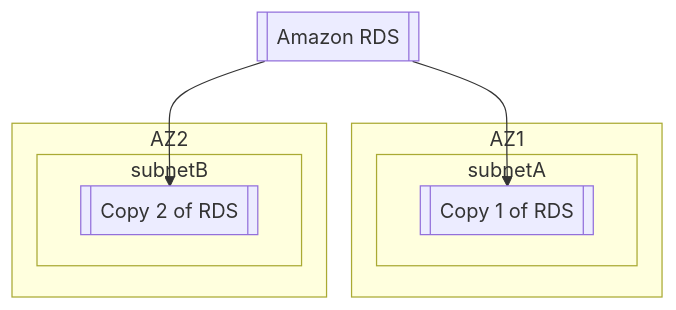
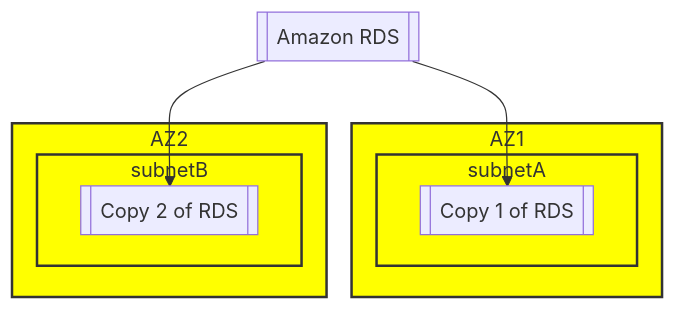
One commit to senthilkumarm1901/learn_by_blogging changed diagram 23 of 27 in posts/rough_notes/aws_technical_essentials_course_notes.qmd. Above: the diagram before and after it, drawn with Mermaid. The commit also changed other lines of this file and 193 other files, not shown here.

````diff
--- a/posts/rough_notes/aws_technical_essentials_course_notes.qmd
+++ b/posts/rough_notes/aws_technical_essentials_course_notes.qmd
@@ -1770,17 +2076,22 @@
 ```{mermaid}
 flowchart TD
   RDS[[Amazon RDS]]
   subgraph AZ1
      subgraph subnetA
        C1[[Copy 1 of RDS]]
      end
   end
 
   subgraph AZ2
     subgraph subnetB
       C2[[Copy 2 of RDS]]
     end
   end
   RDS --> C1
   RDS --> C2
+  %% Apply bright yellow background to subgraphs
+  style AZ1 fill:#FFFF00,stroke:#333,stroke-width:2px
+  style AZ2 fill:#FFFF00,stroke:#333,stroke-width:2px
+  style subnetA fill:#FFFF00,stroke:#333,stroke-width:2px
+  style subnetB fill:#FFFF00,stroke:#333,stroke-width:2px
 ```
````
